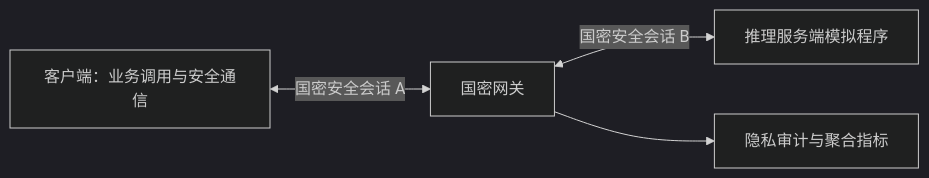
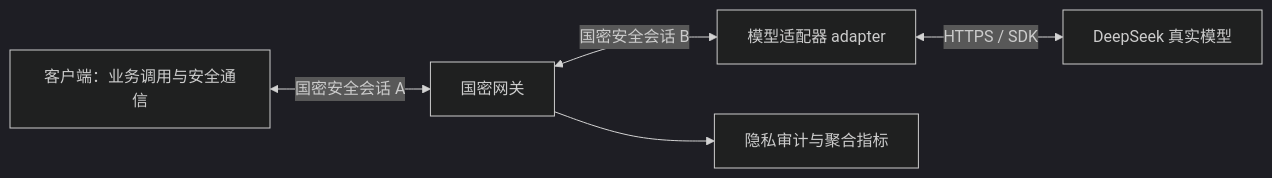
Before and after one commit to bljfy/gateway: the first of 2 diagrams in docs/implementation_plan.md, drawn with Mermaid (dark theme). The commit also changed other lines of this file and 55 other files, not shown here.

````diff
--- a/docs/implementation_plan.md
+++ b/docs/implementation_plan.md
@@ -32,7 +32,8 @@
 ```mermaid
 flowchart LR
     C[客户端：业务调用与安全通信]
     C <-->|国密安全会话 A| G[国密网关]
-    G <-->|国密安全会话 B| S[推理服务端模拟程序]
+    G <-->|国密安全会话 B| S[模型适配器 adapter]
+    S <-->|HTTPS / SDK| M[DeepSeek 真实模型]
     G --> L[隐私审计与聚合指标]
 ```
````
